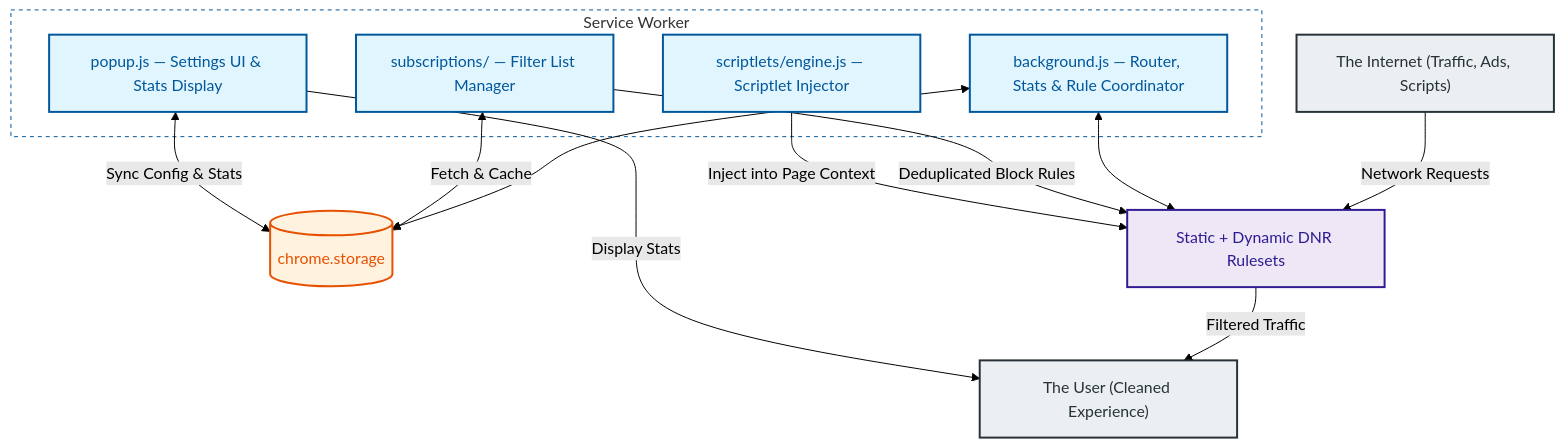
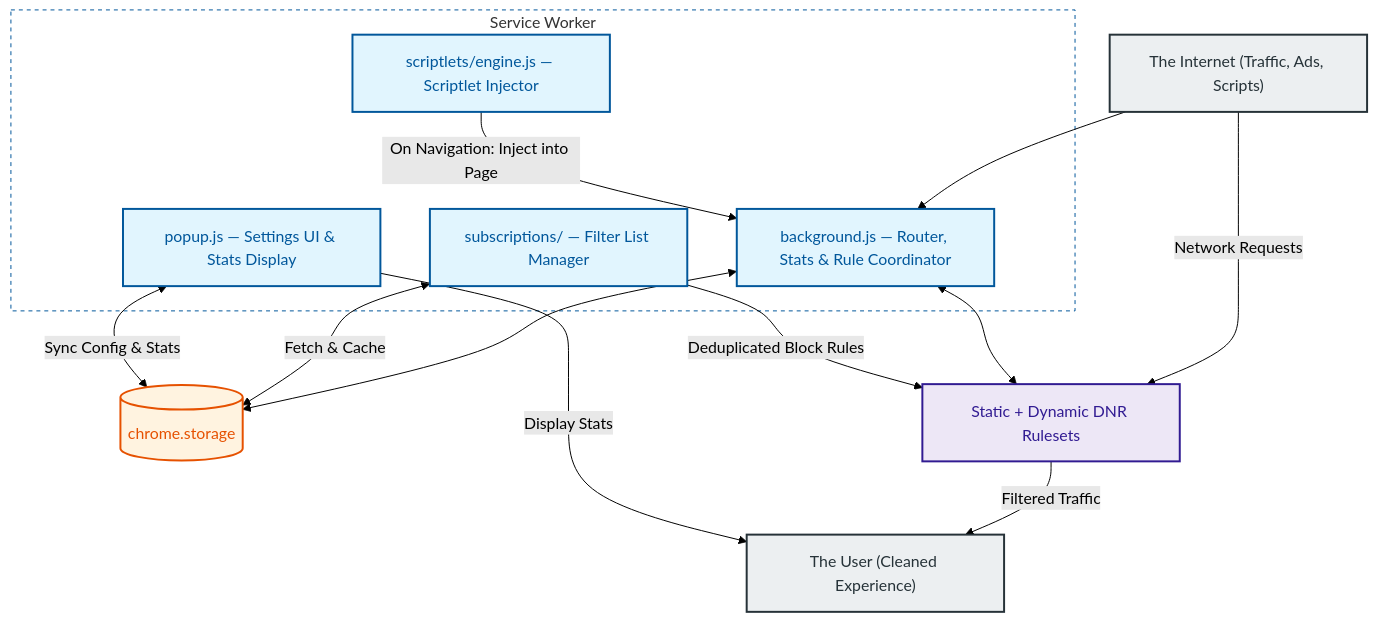
One commit to Dabrogost/Chroma-Ad-Blocker changed the second of 2 diagrams in README.md. Above: the diagram before and after it, drawn with Mermaid (forest theme). The commit also changed other lines of this file, not shown here.

Commit message:
update graph

````diff
--- a/README.md
+++ b/README.md
@@ -78,35 +78,36 @@
 ```mermaid
 graph TD
     classDef sw      fill:#e1f5fe,color:#01579b,stroke:#01579b,stroke-width:2px
     classDef storage fill:#fff3e0,color:#e65100,stroke:#e65100,stroke-width:2px
     classDef dnr     fill:#ede7f6,color:#311b92,stroke:#311b92,stroke-width:2px
     classDef actor   fill:#eceff1,color:#263238,stroke:#263238,stroke-width:2px
 
     INTERNET["The Internet (Traffic, Ads, Scripts)"]:::actor
 
     subgraph SW["Service Worker"]
         BG["background.js — Router, Stats & Rule Coordinator"]:::sw
         SUBS["subscriptions/ — Filter List Manager"]:::sw
         SCRPT["scriptlets/engine.js — Scriptlet Injector"]:::sw
         POPUP["popup.js — Settings UI & Stats Display"]:::sw
     end
 
     STORAGE[("chrome.storage")]:::storage
     DNR["Static + Dynamic DNR Rulesets"]:::dnr
 
     USER["The User (Cleaned Experience)"]:::actor
 
     INTERNET -- "Network Requests" --> DNR
+    INTERNET --> BG
 
     BG <--> STORAGE
     BG <--> DNR
     SUBS -->|"Deduplicated Block Rules"| DNR
     SUBS <-->|"Fetch & Cache"| STORAGE
-    SCRPT -->|"Inject into Page Context"| DNR
+    SCRPT -->|"On Navigation: Inject into Page"| BG
     POPUP <-->|"Sync Config & Stats"| STORAGE
 
     DNR -->|"Filtered Traffic"| USER
     POPUP -->|"Display Stats"| USER
 
     style SW fill:none,stroke:#01579b,stroke-width:1px,stroke-dasharray:4
 ```
````
